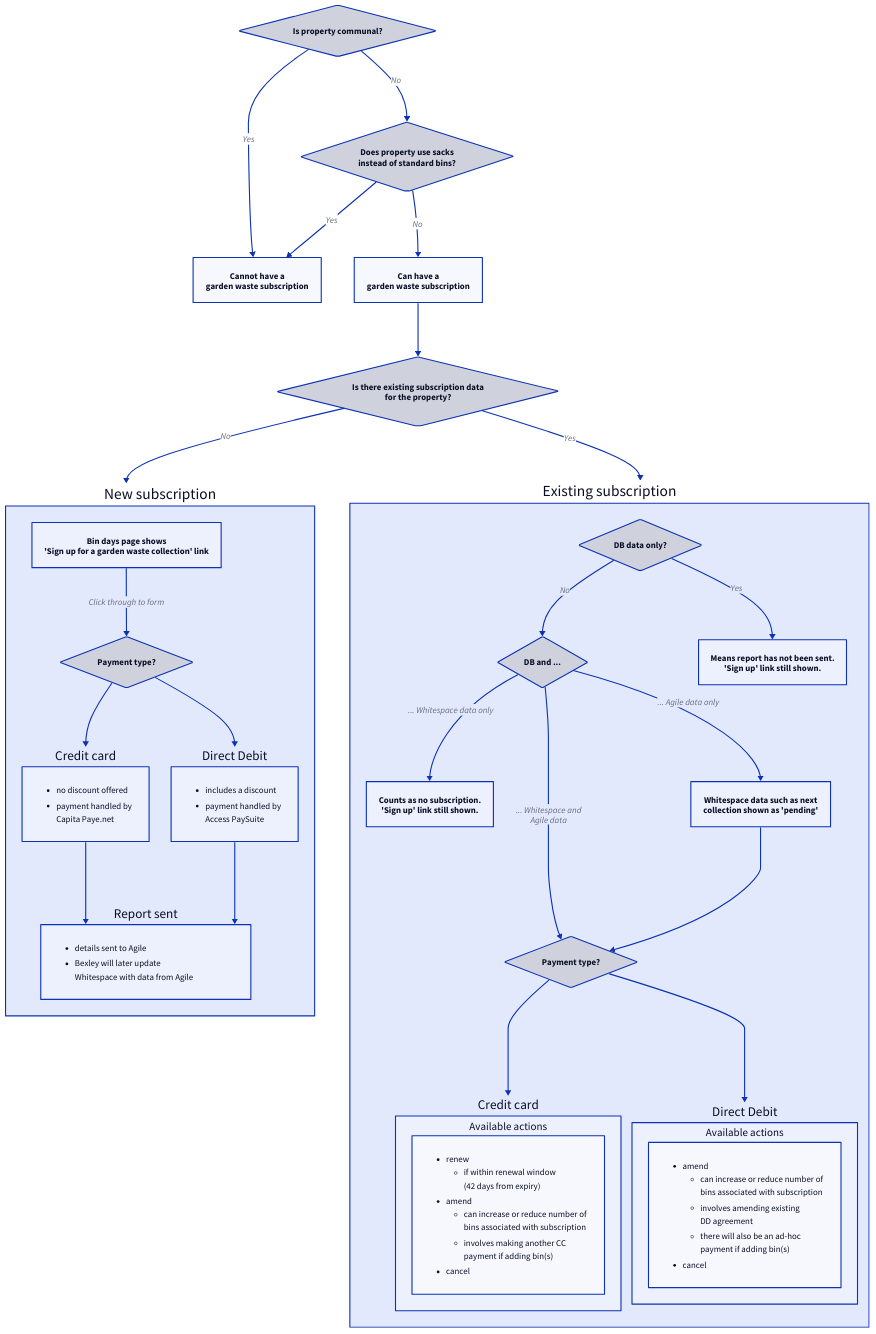
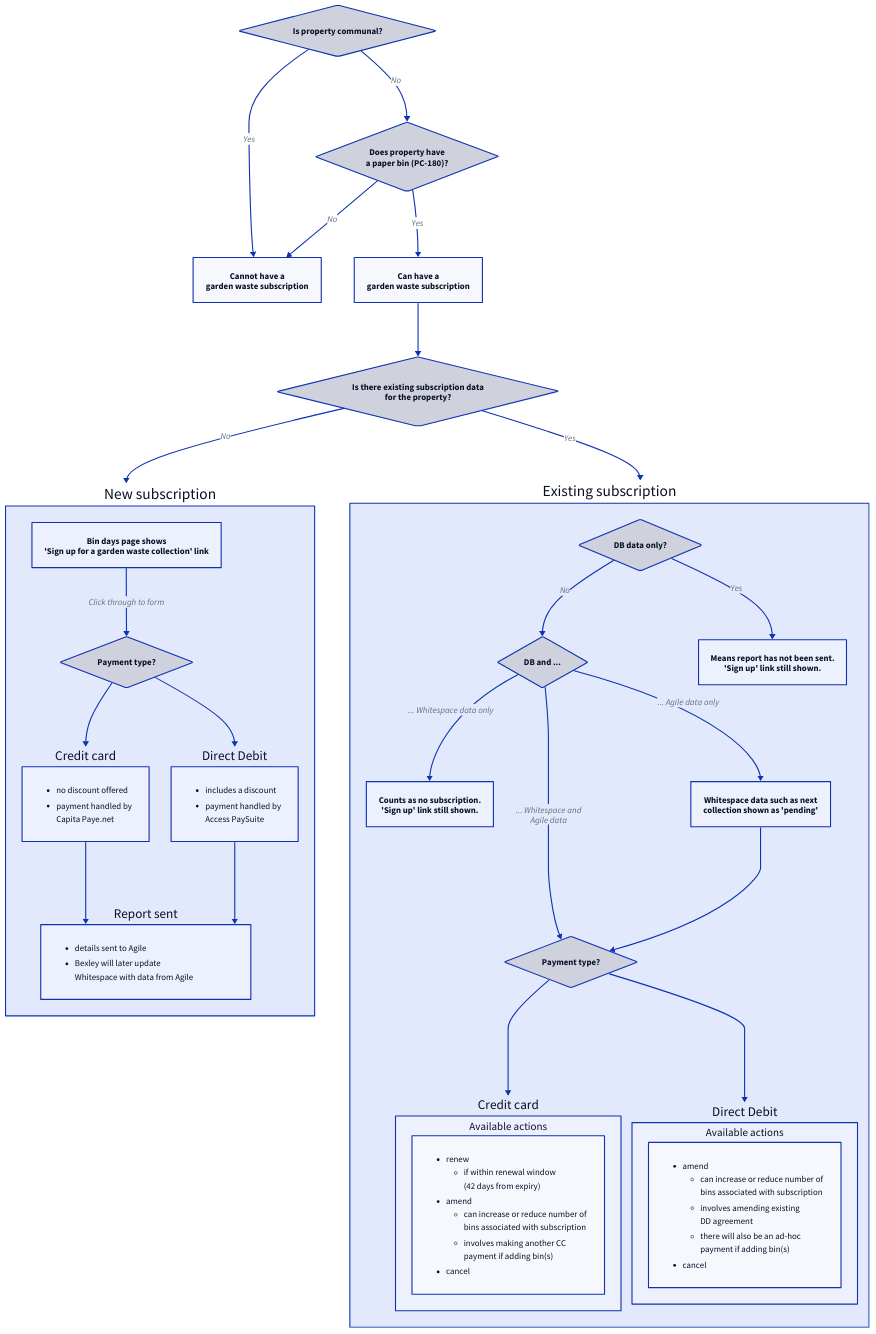
The diagram in diagrams/bexley-green-garden-waste.d2 (mysociety/fixmystreet.com), drawn with D2 before and after one commit.

Commit message:
fixup! [Bexley][GGW] Add a diagram for green garden waste

```diff
--- a/diagrams/bexley-green-garden-waste.d2
+++ b/diagrams/bexley-green-garden-waste.d2
@@ -1,118 +1,118 @@
 classes: {
   question: {
     shape: diamond
   }
 }
 
 is_communal: Is property communal?
 is_communal.class: question
 
-uses_sacks: "Does property use sacks\ninstead of standard bins?"
-uses_sacks.class: question
+has_paper: "Does property have\na paper bin (PC-180)?"
+has_paper.class: question
 
 eligible_no: "Cannot have a\ngarden waste subscription"
 eligible_yes: "Can have a\ngarden waste subscription"
 
 is_communal -> eligible_no: Yes
-is_communal -> uses_sacks: No
-uses_sacks -> eligible_no: Yes
-uses_sacks -> eligible_yes: No
+is_communal -> has_paper: No
+has_paper -> eligible_no: No
+has_paper -> eligible_yes: Yes
 
 has_subscription_data: "Is there existing subscription data\nfor the property?"
 has_subscription_data.class: question
 
 eligible_yes -> has_subscription_data
 has_subscription_data -> new_subscription_container: No
 has_subscription_data -> existing_subscription_container: Yes
 
 new_subscription_container: New subscription {
   new_link: "Bin days page shows\n'Sign up for a garden waste collection' link"
   payment_type: Payment type? {
     class: question
   }
   cc: Credit card {
     text: |md
       - no discount offered
       - payment handled by  
         Capita Paye.net
     |
   }
   dd: Direct Debit {
     text: |md
       - includes a discount
       - payment handled by  
         Access PaySuite
     |
   }
   report_sent: Report sent {
     text: |md
       - details sent to Agile
       - Bexley will later update  
         Whitespace with data from Agile
     |
   }
 
   new_link -> payment_type: 'Click through to form'
 
   payment_type -> cc
   payment_type -> dd
 
   cc -> report_sent
   dd -> report_sent
 }
 
 existing_subscription_container: Existing subscription {
   direction: right
   db_only: DB data only? {
     class: question
   }
   db_and: DB and ... {
     class: question
   }
   whitespace_only: "Counts as no subscription.\n'Sign up' link still shown."
   agile_only: "Whitespace data such as next\ncollection shown as 'pending'"
   payment_type: Payment type? {
     class: question
   }
   cc: Credit card {
     actions: Available actions {
       text: |md
         - renew
           - if within renewal window  
             (42 days from expiry)
         - amend
           - can increase or reduce number of  
             bins associated with subscription
           - involves making another CC  
             payment if adding bin(s)
         - cancel
       |
     }
   }
   dd: Direct Debit {
     actions: Available actions {
       text: |md
         - amend
           - can increase or reduce number of  
             bins associated with subscription
           - involves amending existing  
             DD agreement
           - there will also be an ad-hoc  
             payment if adding bin(s)
         - cancel
       |
     }
   }
 
   db_only -> "Means report has not been sent.\n'Sign up' link still shown.": Yes
   db_only -> db_and: No
 
   db_and -> whitespace_only: ... Whitespace data only
   db_and -> agile_only: ... Agile data only
   db_and -> payment_type: ... Whitespace and\nAgile data
 
   agile_only -> payment_type
 
   payment_type -> cc
   payment_type -> dd
 }
```
